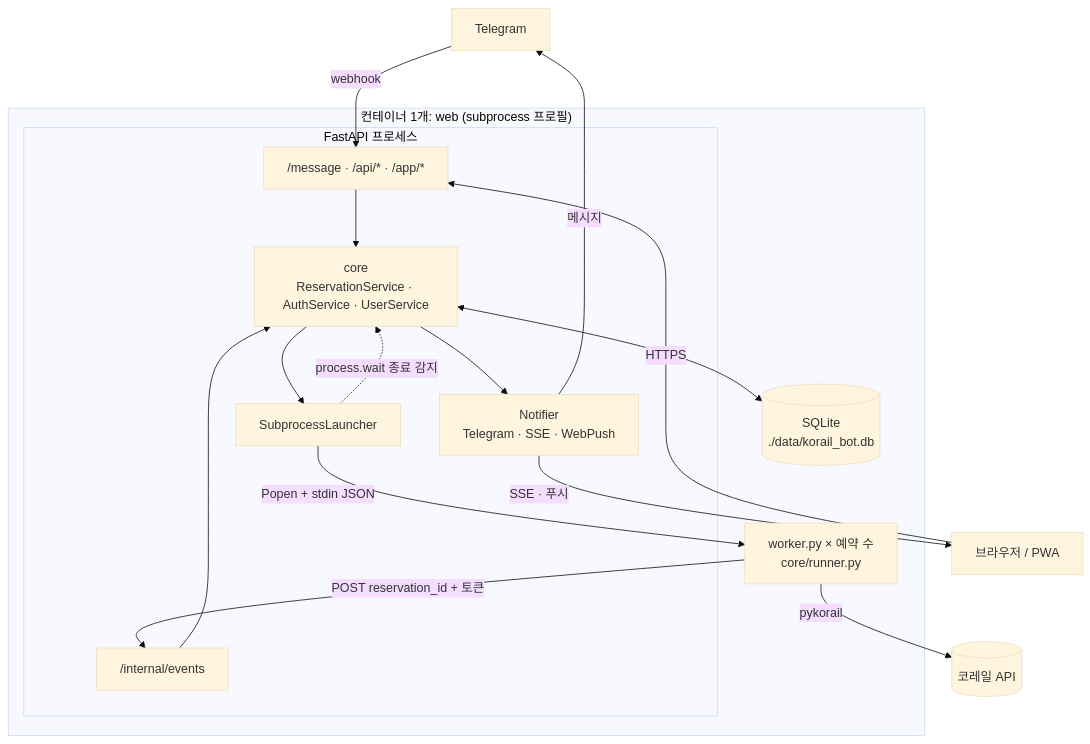
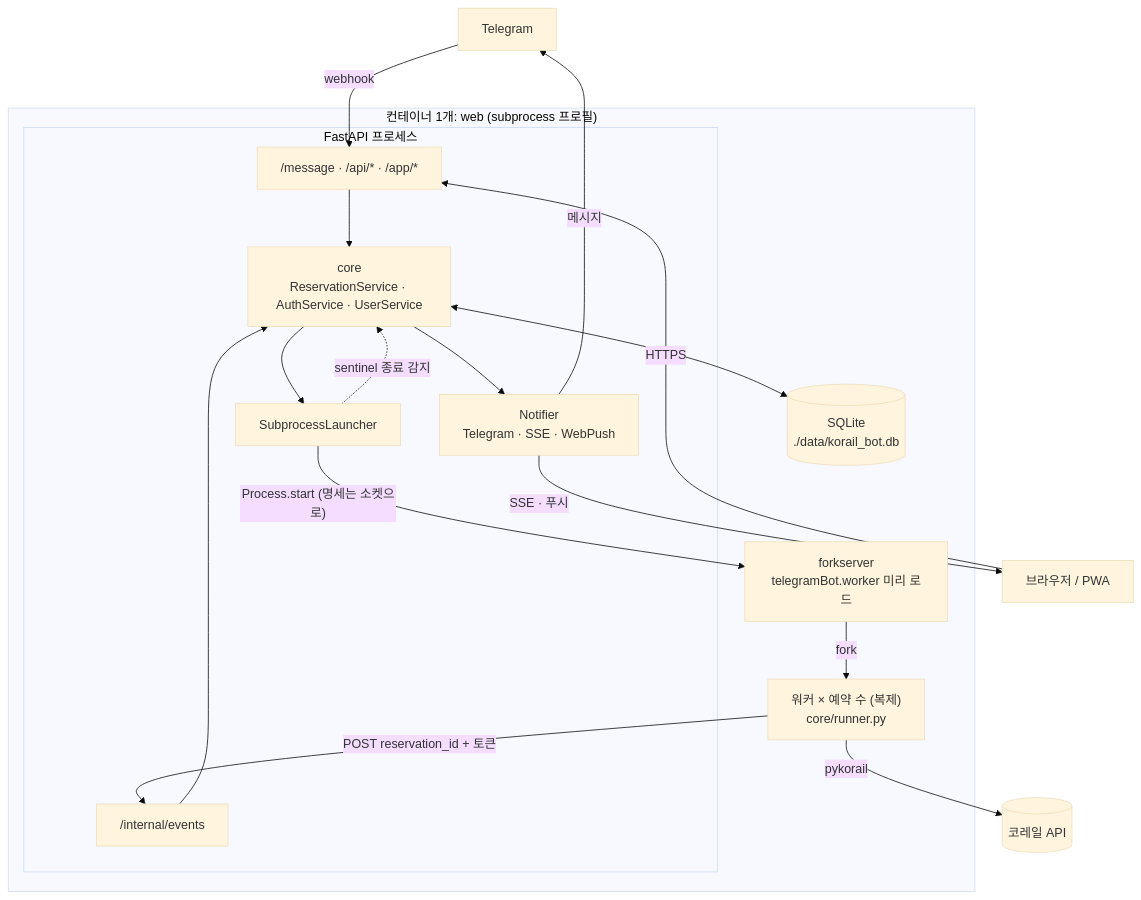
The first of 2 diagrams in docs/capacity-review.md (raonsol/korail_telegrambot), drawn with Mermaid (base theme) before and after one commit. The commit also changed other lines of this file and 11 other files, not shown here.

````diff
--- a/docs/capacity-review.md
+++ b/docs/capacity-review.md
@@ -159,33 +177,35 @@
 ```mermaid
 flowchart TB
     TG["Telegram"]
     PWA["브라우저 / PWA"]
 
     subgraph HOST["컨테이너 1개: web (subprocess 프로필)"]
         subgraph WEB["FastAPI 프로세스"]
             IN["/message · /api/* · /app/*"]
             CORE["core<br/>ReservationService · AuthService · UserService"]
             SL["SubprocessLauncher"]
             INT["/internal/events"]
             NOTI["Notifier<br/>Telegram · SSE · WebPush"]
         end
         DB[("SQLite<br/>./data/korail_bot.db")]
-        W["worker.py × 예약 수<br/>core/runner.py"]
+        FS["forkserver<br/>telegramBot.worker 미리 로드"]
+        W["워커 × 예약 수 (복제)<br/>core/runner.py"]
     end
 
     KORAIL[("코레일 API")]
 
     TG -- "webhook" --> IN
     PWA -- "HTTPS" --> IN
     IN --> CORE
     CORE <--> DB
     CORE --> SL
-    SL -- "Popen + stdin JSON" --> W
-    SL -. "process.wait 종료 감지" .-> CORE
+    SL -- "Process.start (명세는 소켓으로)" --> FS
+    FS -- "fork" --> W
+    SL -. "sentinel 종료 감지" .-> CORE
     W -- "pykorail" --> KORAIL
     W -- "POST reservation_id + 토큰" --> INT
     INT --> CORE
     CORE --> NOTI
     NOTI -- "메시지" --> TG
     NOTI -- "SSE · 푸시" --> PWA
 ```
````
